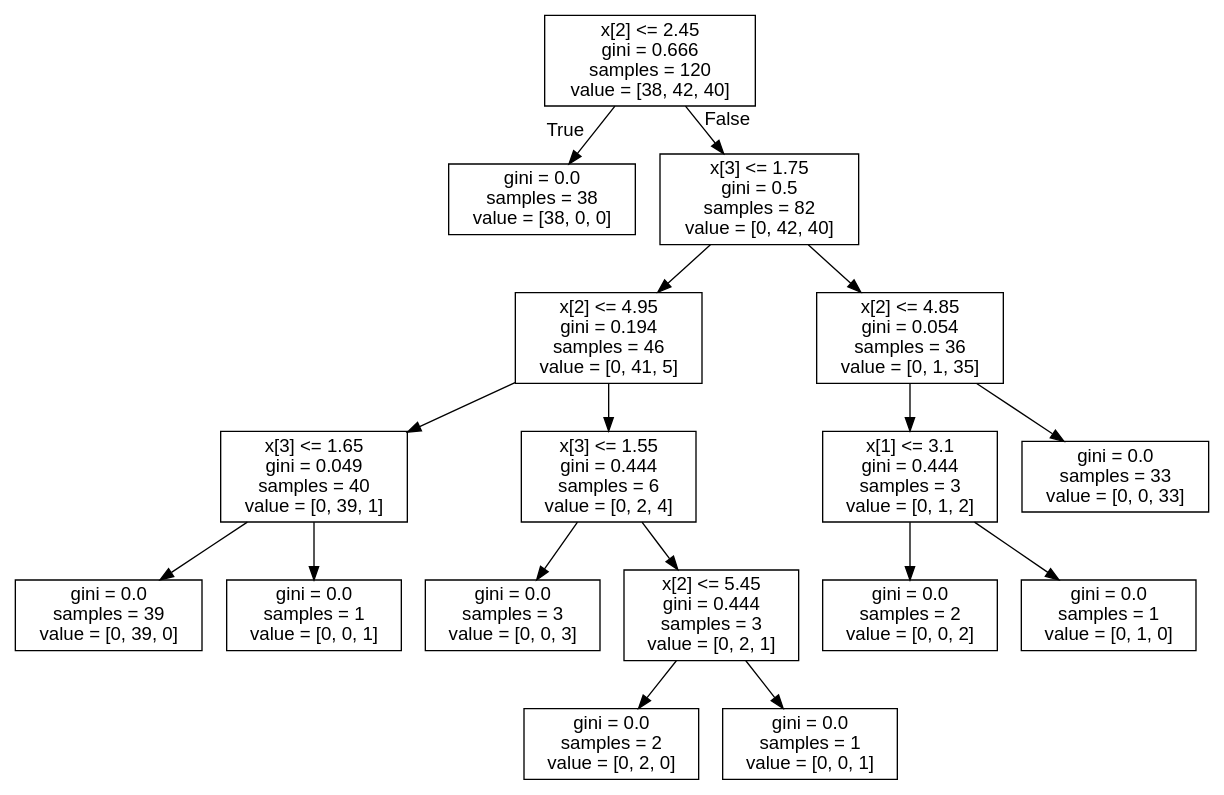
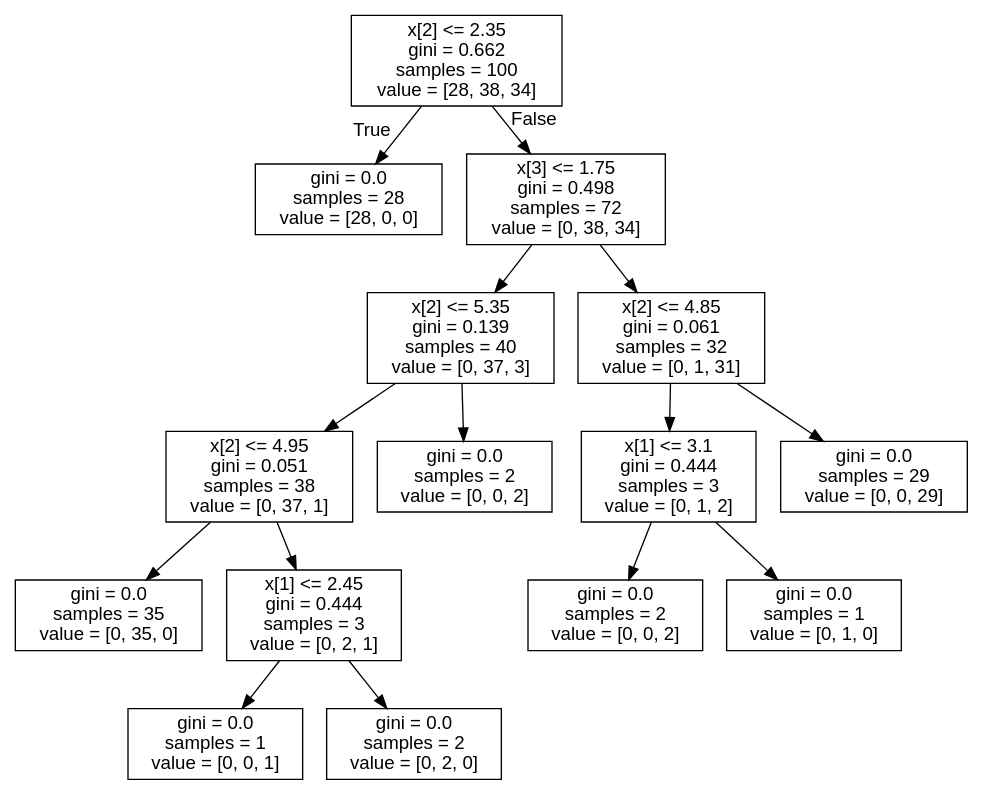
Before and after one commit to anjaneyak10/DecisionTree: the diagram in iris.dot, drawn with Graphviz. The commit also changed 8 other files, not shown here.

```diff
--- a/iris.dot
+++ b/iris.dot
@@ -1,37 +1,33 @@
 digraph Tree {
 node [shape=box, fontname="helvetica"] ;
 edge [fontname="helvetica"] ;
-0 [label="x[2] <= 2.45\ngini = 0.666\nsamples = 120\nvalue = [38, 42, 40]"] ;
-1 [label="gini = 0.0\nsamples = 38\nvalue = [38, 0, 0]"] ;
+0 [label="x[2] <= 2.35\ngini = 0.662\nsamples = 100\nvalue = [28, 38, 34]"] ;
+1 [label="gini = 0.0\nsamples = 28\nvalue = [28, 0, 0]"] ;
 0 -> 1 [labeldistance=2.5, labelangle=45, headlabel="True"] ;
-2 [label="x[3] <= 1.75\ngini = 0.5\nsamples = 82\nvalue = [0, 42, 40]"] ;
+2 [label="x[3] <= 1.75\ngini = 0.498\nsamples = 72\nvalue = [0, 38, 34]"] ;
 0 -> 2 [labeldistance=2.5, labelangle=-45, headlabel="False"] ;
-3 [label="x[2] <= 4.95\ngini = 0.194\nsamples = 46\nvalue = [0, 41, 5]"] ;
+3 [label="x[2] <= 5.35\ngini = 0.139\nsamples = 40\nvalue = [0, 37, 3]"] ;
 2 -> 3 ;
-4 [label="x[3] <= 1.65\ngini = 0.049\nsamples = 40\nvalue = [0, 39, 1]"] ;
+4 [label="x[2] <= 4.95\ngini = 0.051\nsamples = 38\nvalue = [0, 37, 1]"] ;
 3 -> 4 ;
-5 [label="gini = 0.0\nsamples = 39\nvalue = [0, 39, 0]"] ;
+5 [label="gini = 0.0\nsamples = 35\nvalue = [0, 35, 0]"] ;
 4 -> 5 ;
-6 [label="gini = 0.0\nsamples = 1\nvalue = [0, 0, 1]"] ;
+6 [label="x[1] <= 2.45\ngini = 0.444\nsamples = 3\nvalue = [0, 2, 1]"] ;
 4 -> 6 ;
-7 [label="x[3] <= 1.55\ngini = 0.444\nsamples = 6\nvalue = [0, 2, 4]"] ;
-3 -> 7 ;
-8 [label="gini = 0.0\nsamples = 3\nvalue = [0, 0, 3]"] ;
-7 -> 8 ;
-9 [label="x[2] <= 5.45\ngini = 0.444\nsamples = 3\nvalue = [0, 2, 1]"] ;
-7 -> 9 ;
-10 [label="gini = 0.0\nsamples = 2\nvalue = [0, 2, 0]"] ;
-9 -> 10 ;
-11 [label="gini = 0.0\nsamples = 1\nvalue = [0, 0, 1]"] ;
-9 -> 11 ;
-12 [label="x[2] <= 4.85\ngini = 0.054\nsamples = 36\nvalue = [0, 1, 35]"] ;
-2 -> 12 ;
-13 [label="x[1] <= 3.1\ngini = 0.444\nsamples = 3\nvalue = [0, 1, 2]"] ;
-12 -> 13 ;
-14 [label="gini = 0.0\nsamples = 2\nvalue = [0, 0, 2]"] ;
-13 -> 14 ;
-15 [label="gini = 0.0\nsamples = 1\nvalue = [0, 1, 0]"] ;
-13 -> 15 ;
-16 [label="gini = 0.0\nsamples = 33\nvalue = [0, 0, 33]"] ;
-12 -> 16 ;
+7 [label="gini = 0.0\nsamples = 1\nvalue = [0, 0, 1]"] ;
+6 -> 7 ;
+8 [label="gini = 0.0\nsamples = 2\nvalue = [0, 2, 0]"] ;
+6 -> 8 ;
+9 [label="gini = 0.0\nsamples = 2\nvalue = [0, 0, 2]"] ;
+3 -> 9 ;
+10 [label="x[2] <= 4.85\ngini = 0.061\nsamples = 32\nvalue = [0, 1, 31]"] ;
+2 -> 10 ;
+11 [label="x[1] <= 3.1\ngini = 0.444\nsamples = 3\nvalue = [0, 1, 2]"] ;
+10 -> 11 ;
+12 [label="gini = 0.0\nsamples = 2\nvalue = [0, 0, 2]"] ;
+11 -> 12 ;
+13 [label="gini = 0.0\nsamples = 1\nvalue = [0, 1, 0]"] ;
+11 -> 13 ;
+14 [label="gini = 0.0\nsamples = 29\nvalue = [0, 0, 29]"] ;
+10 -> 14 ;
 }
```
